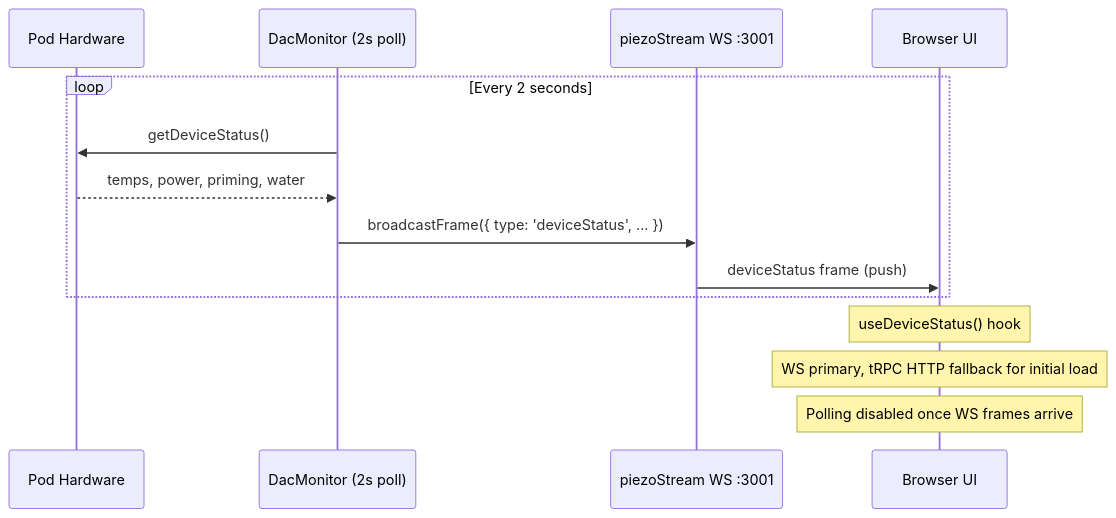
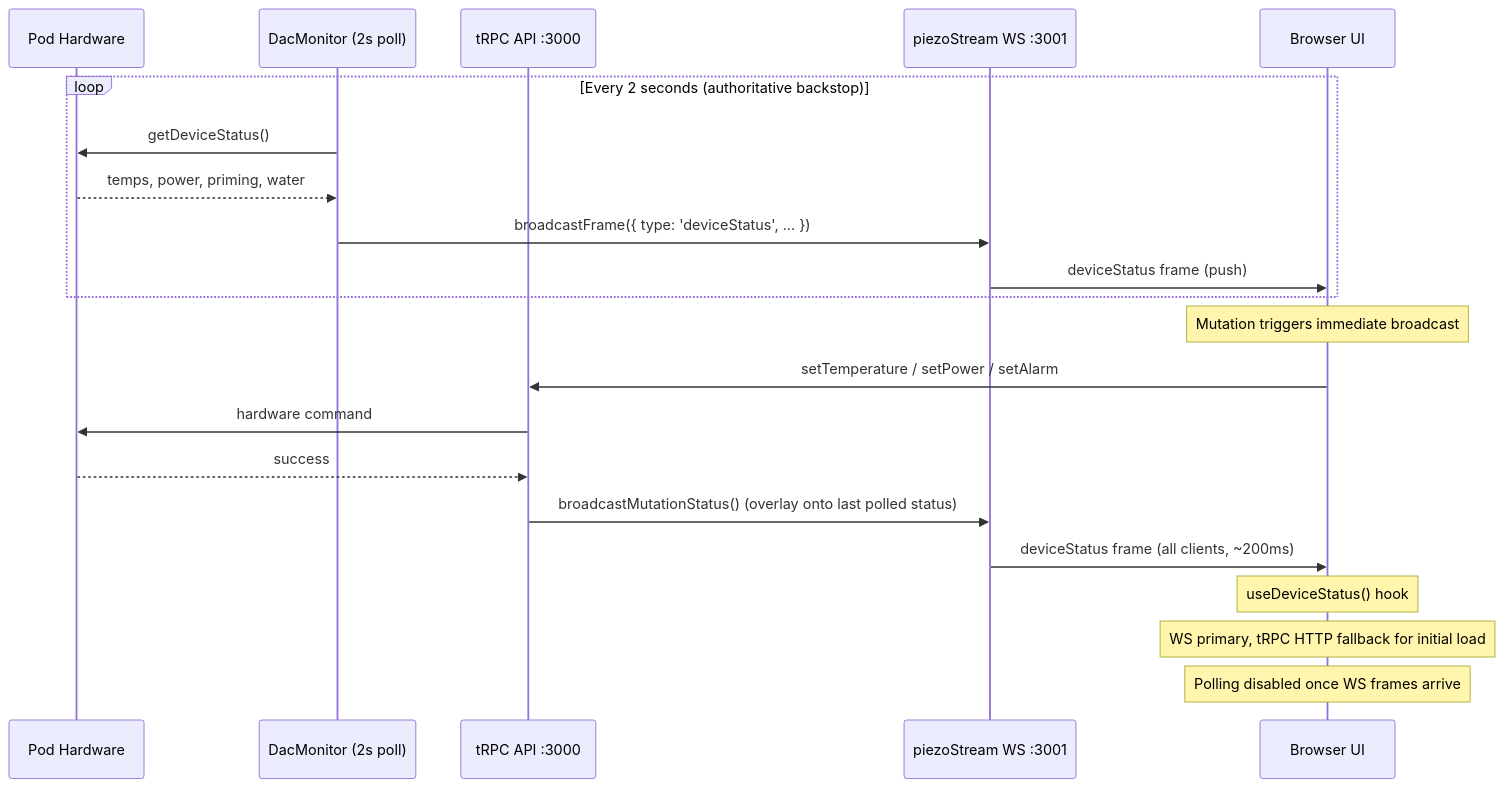
Before and after one commit to sleepypod/core: the diagram in .claude/docs/trpc-api-architecture.md, drawn with Mermaid. The commit also changed other lines of this file and 2 other files, not shown here.

Commit message:
docs: update architecture diagrams for event bus broadcast (#244)
- README: add WS server + mutation→broadcast path to architecture diagram,
  replace outdated "Why not WebSocket" tradeoff with current design
- project-info: add mutation→WS broadcast to data flow diagram and table
- trpc-api-architecture: expand Device Status sequence diagram with
  mutation broadcast path, document broadcastMutationStatus() behavior

````diff
--- a/.claude/docs/trpc-api-architecture.md
+++ b/.claude/docs/trpc-api-architecture.md
@@ -50,18 +50,26 @@
 ```mermaid
 sequenceDiagram
     participant HW as Pod Hardware
     participant DM as DacMonitor (2s poll)
+    participant API as tRPC API :3000
     participant WS as piezoStream WS :3001
     participant UI as Browser UI
 
-    loop Every 2 seconds
+    loop Every 2 seconds (authoritative backstop)
         DM->>HW: getDeviceStatus()
         HW-->>DM: temps, power, priming, water
         DM->>WS: broadcastFrame({ type: 'deviceStatus', ... })
         WS->>UI: deviceStatus frame (push)
     end
 
+    Note over UI: Mutation triggers immediate broadcast
+    UI->>API: setTemperature / setPower / setAlarm
+    API->>HW: hardware command
+    HW-->>API: success
+    API->>WS: broadcastMutationStatus() (overlay onto last polled status)
+    WS->>UI: deviceStatus frame (all clients, ~200ms)
+
     Note over UI: useDeviceStatus() hook
     Note over UI: WS primary, tRPC HTTP fallback for initial load
     Note over UI: Polling disabled once WS frames arrive
 ```
````
